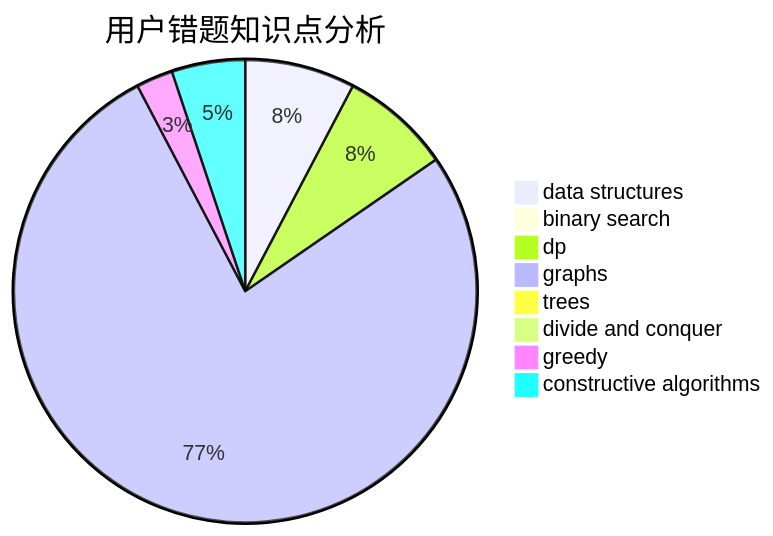
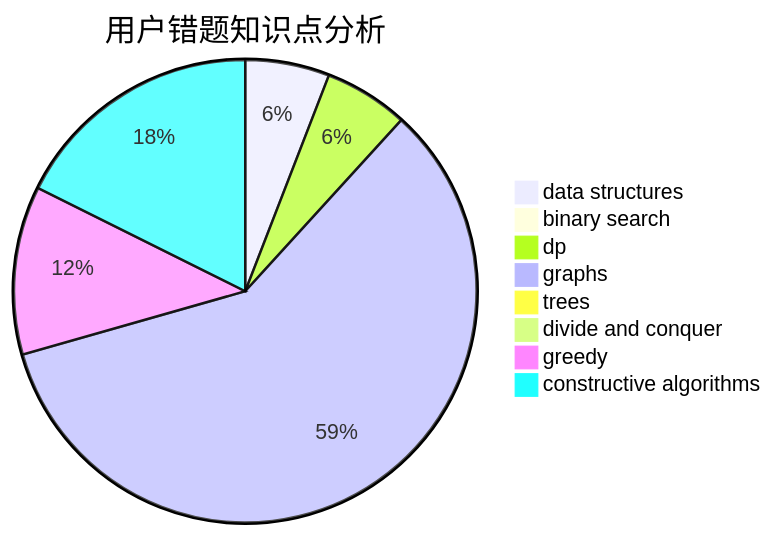
One commit to sherpahu/cfrs.github.io changed the third of 3 diagrams in docs/user/u2223.md. Above: the diagram before and after it, drawn with Mermaid. The commit also changed other lines of this file and 2770 other files, not shown here.

````diff
--- a/docs/user/u2223.md
+++ b/docs/user/u2223.md
@@ -36,11 +36,11 @@
 ```mermaid
 pie title 用户错题知识点分析
     "data structures" :  3
     "binary search" :  0
     "dp" :  3
     "graphs" :  30
     "trees" :  0
     "divide and conquer" :  0
-    "greedy" :  1
-    "constructive algorithms" :  2
+    "greedy" :  6
+    "constructive algorithms" :  9
 ```
````
